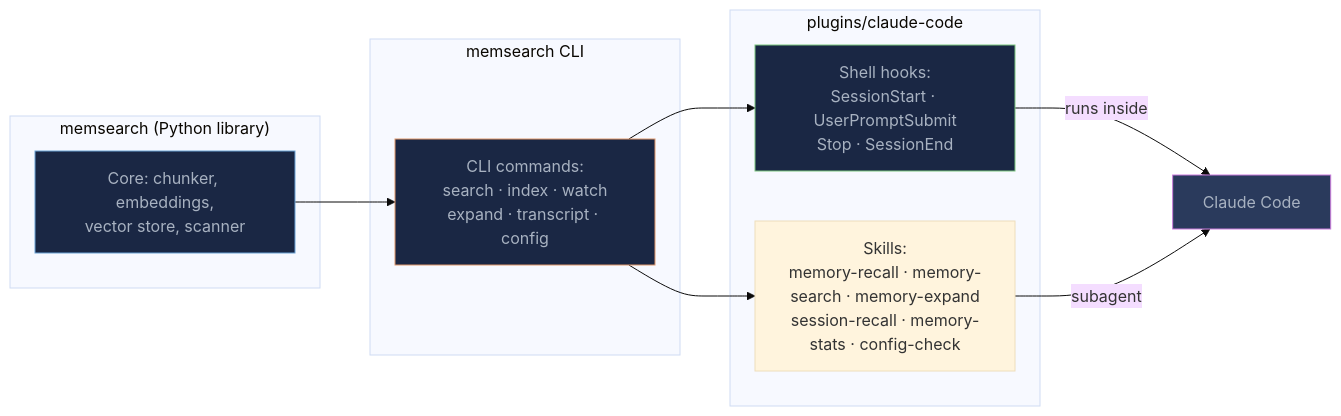
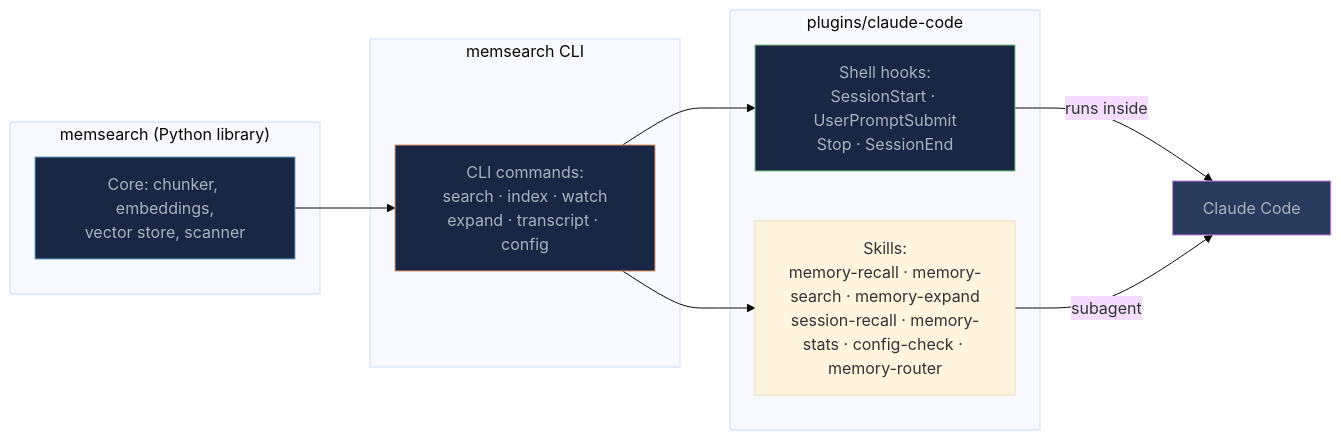
One commit to zilliztech/memsearch changed the first of 3 diagrams in docs/platforms/claude-code/how-it-works.md. Above: the diagram before and after it, drawn with Mermaid (base theme). The commit also changed other lines of this file and 16 other files, not shown here.

````diff
--- a/docs/platforms/claude-code/how-it-works.md
+++ b/docs/platforms/claude-code/how-it-works.md
@@ -7,26 +7,26 @@
 ```mermaid
 graph LR
     subgraph "memsearch (Python library)"
         LIB[Core: chunker, embeddings,<br/>vector store, scanner]
     end
 
     subgraph "memsearch CLI"
         CLI["CLI commands:<br/>search · index · watch<br/>expand · transcript · config"]
     end
 
     subgraph "plugins/claude-code"
         HOOKS["Shell hooks:<br/>SessionStart · UserPromptSubmit<br/>Stop · SessionEnd"]
-        SKILL["Skills:<br/>memory-recall · memory-search · memory-expand<br/>session-recall · memory-stats · config-check"]
+        SKILL["Skills:<br/>memory-recall · memory-search · memory-expand<br/>session-recall · memory-stats · config-check · memory-router"]
     end
 
     LIB --> CLI
     CLI --> HOOKS
     CLI --> SKILL
     HOOKS -->|"runs inside"| CC[Claude Code]
     SKILL -->|"subagent"| CC
 
     style LIB fill:#1a2744,stroke:#6ba3d6,color:#a8b2c1
     style CLI fill:#1a2744,stroke:#e0976b,color:#a8b2c1
     style HOOKS fill:#1a2744,stroke:#7bc67e,color:#a8b2c1
     style CC fill:#2a3a5c,stroke:#c97bdb,color:#a8b2c1
 ```
````
